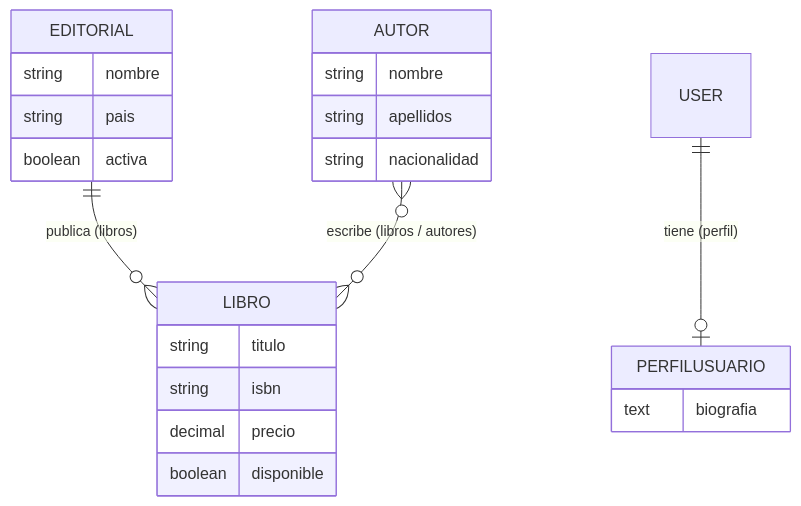
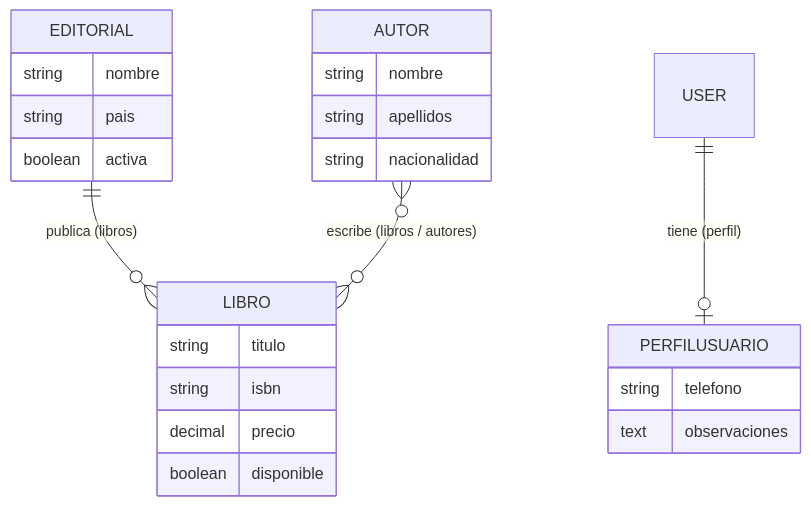
The diagram in Actividad6.md (joseangelalejo/MiBiblioteca), drawn with Mermaid before and after one commit. The commit also changed other lines of this file and 12 other files, not shown here.

````diff
--- a/Actividad6.md
+++ b/Actividad6.md
@@ -67,26 +69,27 @@
 ```mermaid
 erDiagram
     EDITORIAL ||--o{ LIBRO : "publica (libros)"
     AUTOR }o--o{ LIBRO : "escribe (libros / autores)"
     USER ||--o| PERFILUSUARIO : "tiene (perfil)"
 
     EDITORIAL {
         string nombre
         string pais
         boolean activa
     }
     LIBRO {
         string titulo
         string isbn
         decimal precio
         boolean disponible
     }
     AUTOR {
         string nombre
         string apellidos
         string nacionalidad
     }
     PERFILUSUARIO {
-        text biografia
+        string telefono
+        text observaciones
     }
 ```
````
